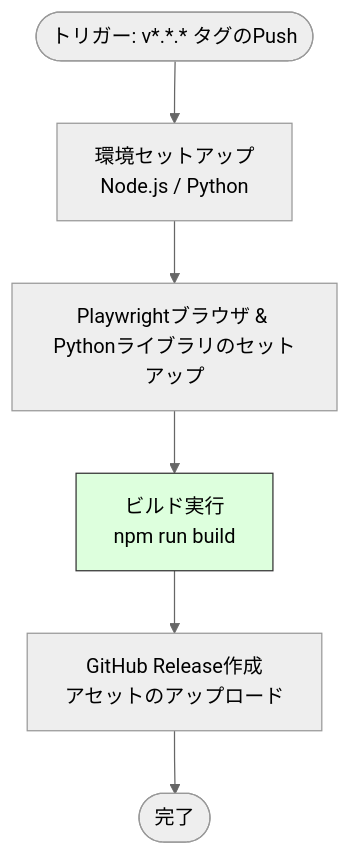
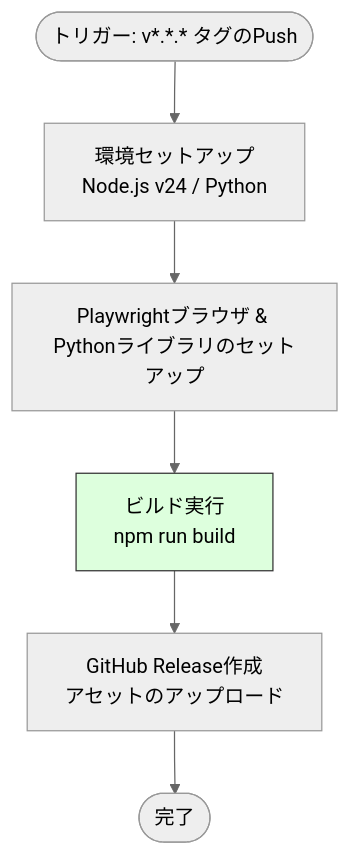
Before and after one commit to masanori-satake/QuickLog-Solo: the sixth of 7 diagrams in docs/README_ACTIONS.md, drawn with Mermaid (neutral theme). The commit also changed other lines of this file and 6 other files, not shown here.

````diff
--- a/docs/README_ACTIONS.md
+++ b/docs/README_ACTIONS.md
@@ -157,10 +166,10 @@
 ```mermaid
 graph TD
-    Start([トリガー: v*.*.* タグのPush]) --> Setup[環境セットアップ<br/>Node.js / Python]
+    Start([トリガー: v*.*.* タグのPush]) --> Setup[環境セットアップ<br/>Node.js v24 / Python]
     Setup --> Playwright[Playwrightブラウザ & <br/>Pythonライブラリのセットアップ]
     Playwright --> Build[ビルド実行<br/>npm run build]
     Build --> Release[GitHub Release作成<br/>アセットのアップロード]
     Release --> End([完了])
 
     style Build fill:#dfd,stroke:#333
 ```
````
